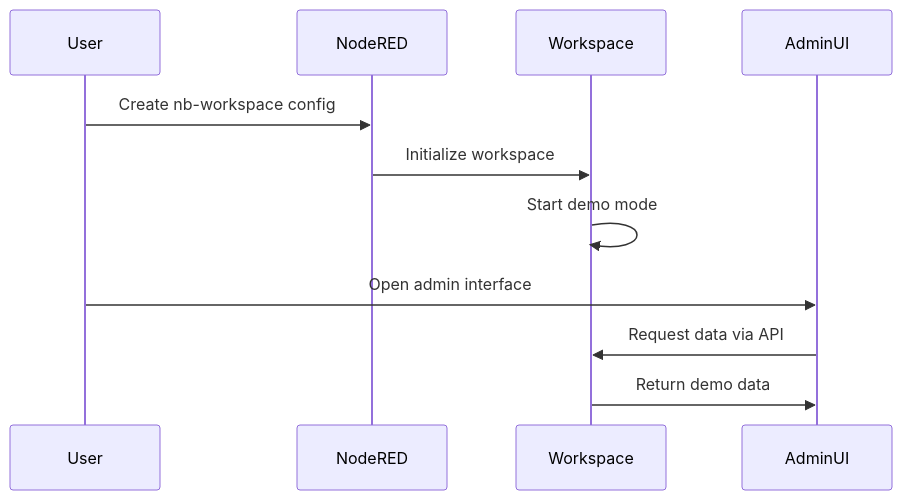
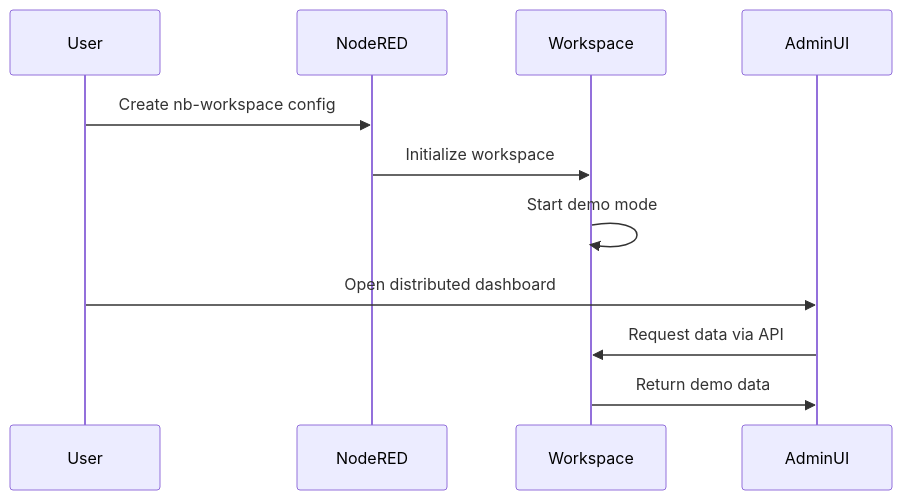
One commit to thalperi/nodebit changed the third of 4 diagrams in docs/technical/architecture.md. Above: the diagram before and after it, drawn with Mermaid. The commit also changed other lines of this file and 5 other files, not shown here.

Commit message:
Update admin interface to distributed dashboard

````diff
--- a/docs/technical/architecture.md
+++ b/docs/technical/architecture.md
@@ -295,14 +299,14 @@
 ```mermaid
 sequenceDiagram
     participant User
     participant NodeRED
     participant Workspace
     participant AdminUI
     
     User->>NodeRED: Create nb-workspace config
     NodeRED->>Workspace: Initialize workspace
     Workspace->>Workspace: Start demo mode
-    User->>AdminUI: Open admin interface
+    User->>AdminUI: Open distributed dashboard
     AdminUI->>Workspace: Request data via API
     Workspace->>AdminUI: Return demo data
 ```
````
